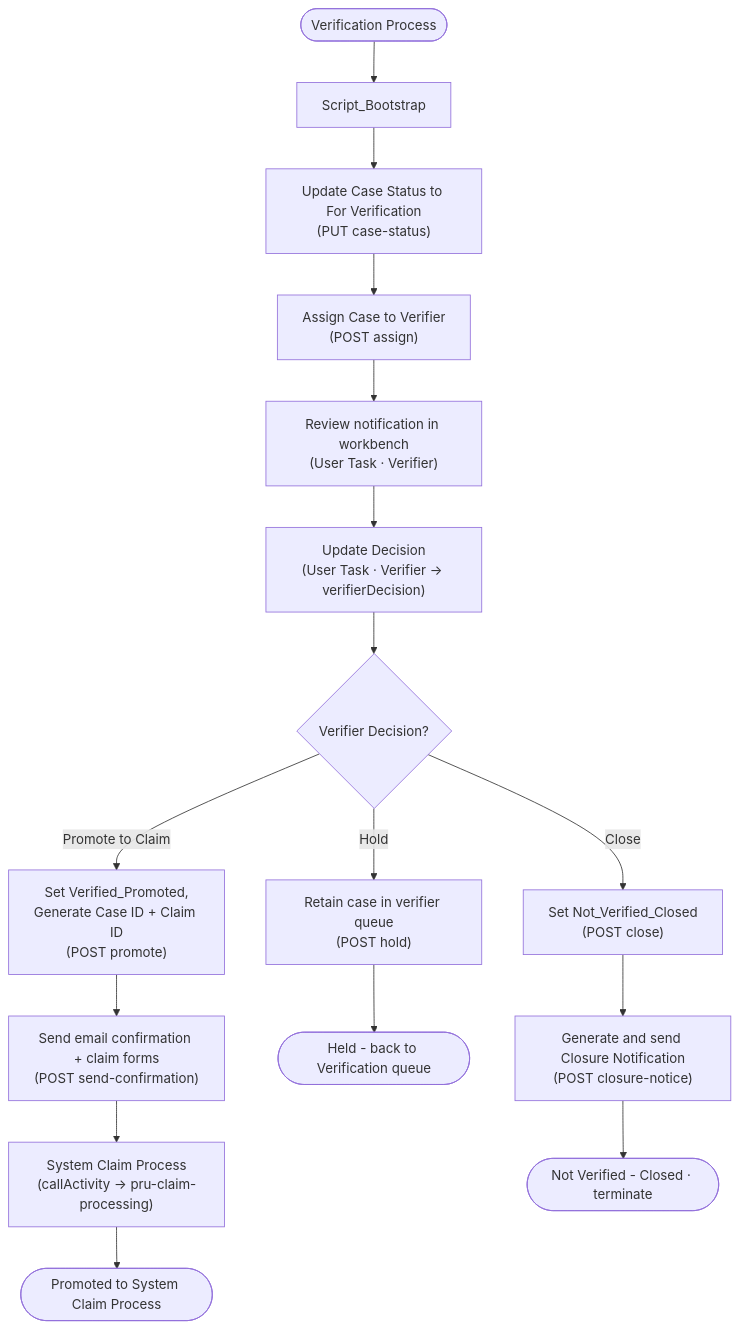
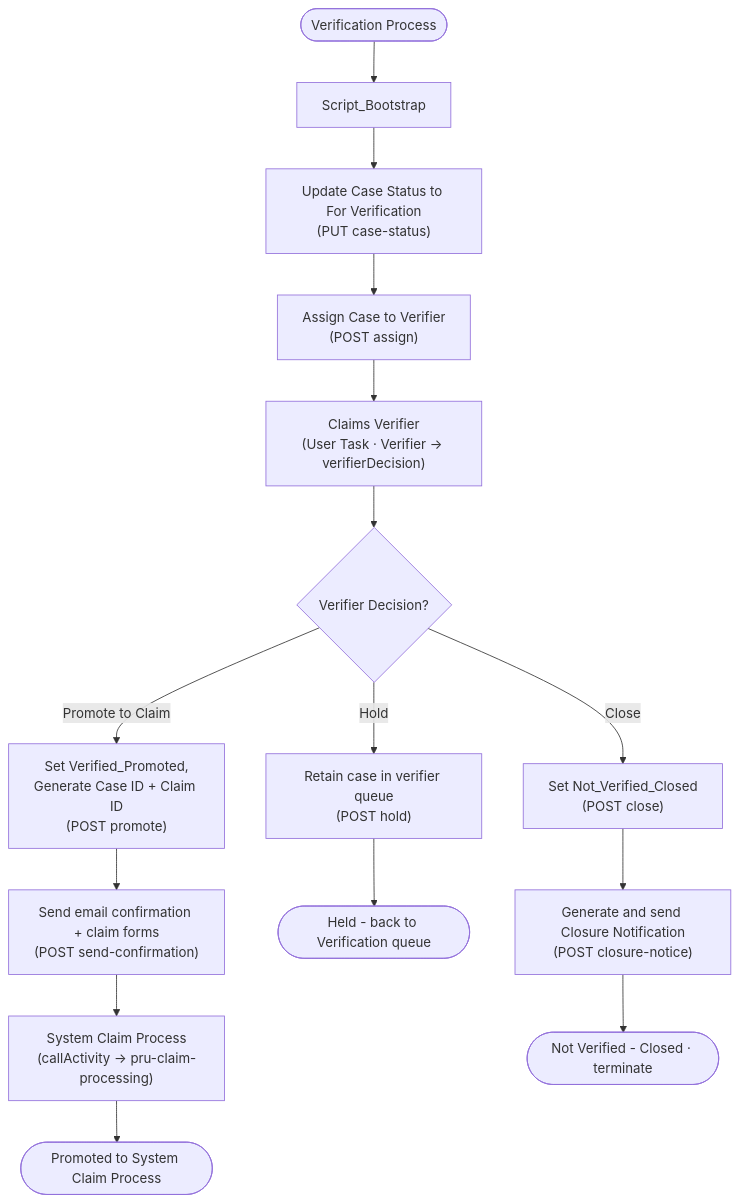
Before and after one commit to Avinashkumar8694/prudential-claims-bpm: the second of 2 diagrams in docs/pru_claim_verification_solution.md, drawn with Mermaid. The commit also changed other lines of this file and 1 other file, not shown here.

````diff
--- a/docs/pru_claim_verification_solution.md
+++ b/docs/pru_claim_verification_solution.md
@@ -95,21 +95,20 @@
 ```mermaid
 graph TD
     START([Verification Process]) --> BOOT[Script_Bootstrap]
     BOOT --> ST["Update Case Status to For Verification<br/>(PUT case-status)"]
     ST --> AS["Assign Case to Verifier<br/>(POST assign)"]
-    AS --> RV["Review notification in workbench<br/>(User Task · Verifier)"]
-    RV --> DC["Update Decision<br/>(User Task · Verifier → verifierDecision)"]
+    AS --> DC["Claims Verifier<br/>(User Task · Verifier → verifierDecision)"]
     DC --> GW{Verifier Decision?}
 
     GW -- "Promote to Claim" --> PR["Set Verified_Promoted,<br/>Generate Case ID + Claim ID<br/>(POST promote)"]
     PR --> SC["Send email confirmation + claim forms<br/>(POST send-confirmation)"]
     SC --> SYS["System Claim Process<br/>(callActivity → pru-claim-processing)"]
     SYS --> EP([Promoted to System Claim Process])
 
     GW -- "Hold" --> HO["Retain case in verifier queue<br/>(POST hold)"]
     HO --> EH([Held - back to Verification queue])
 
     GW -- "Close" --> CL["Set Not_Verified_Closed<br/>(POST close)"]
     CL --> CN["Generate and send Closure Notification<br/>(POST closure-notice)"]
     CN --> EC([Not Verified - Closed · terminate])
 ```
````
